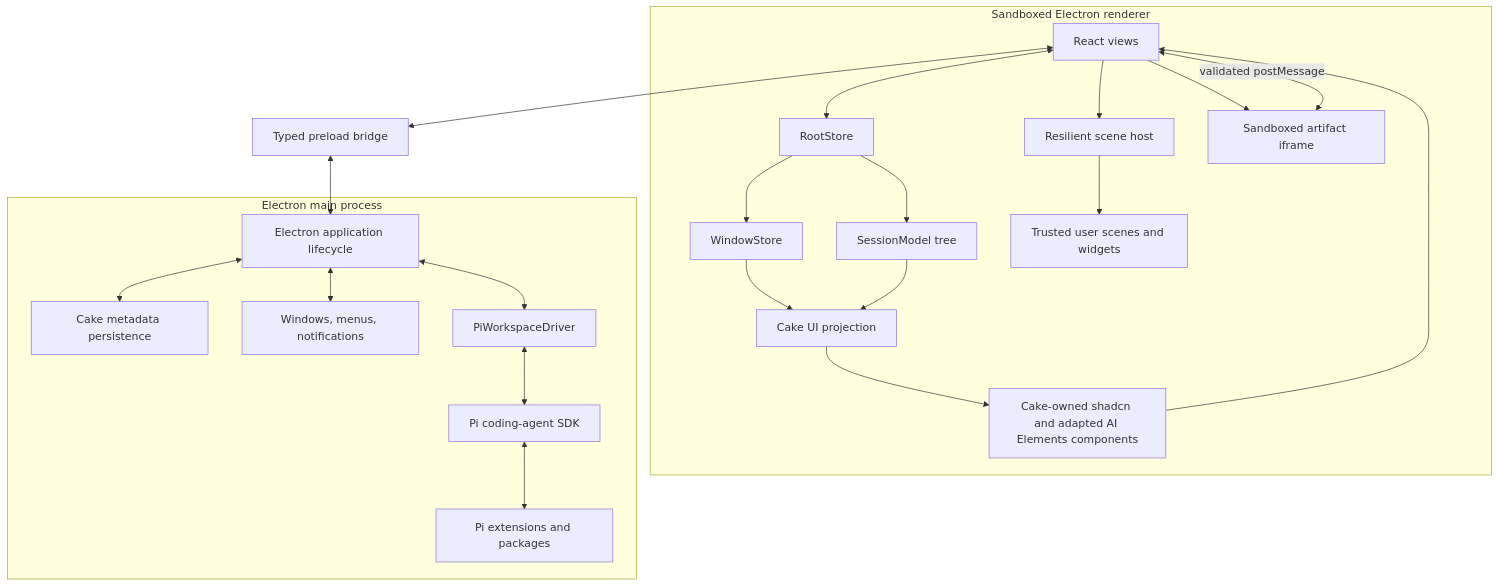
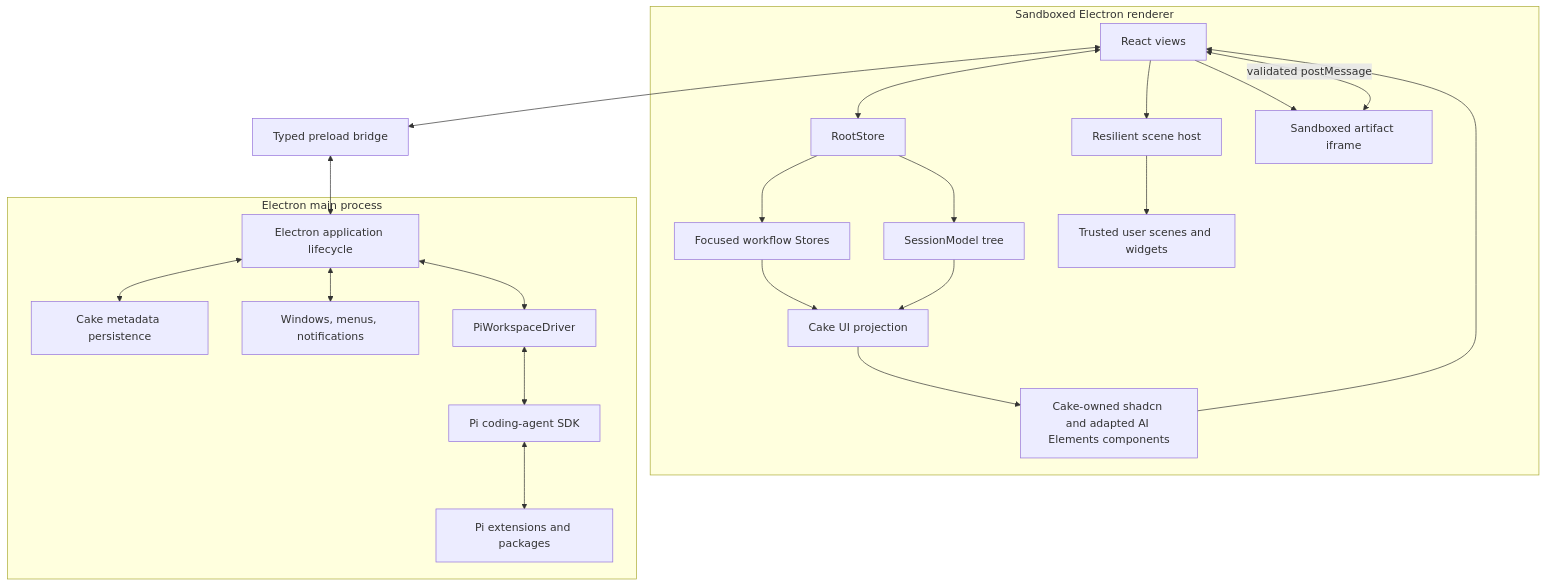
The second of 2 diagrams in PLAN.md (melnikov-s/cake), drawn with Mermaid before and after one commit. The commit also changed other lines of this file and 6 other files, not shown here.

Commit message:
Document focused renderer store ownership

````diff
--- a/PLAN.md
+++ b/PLAN.md
@@ -192,44 +192,44 @@
 ```mermaid
 flowchart TB
     subgraph Renderer["Sandboxed Electron renderer"]
         React["React views"]
         RootStore["RootStore"]
         SessionModel["SessionModel tree"]
-        WindowStore["WindowStore"]
+        WorkflowStores["Focused workflow Stores"]
         UiAdapter["Cake UI projection"]
         Components["Cake-owned shadcn and adapted AI Elements components"]
         SceneHost["Resilient scene host"]
         UserWidgets["Trusted user scenes and widgets"]
         Frame["Sandboxed artifact iframe"]
         React <--> RootStore
         RootStore --> SessionModel
-        RootStore --> WindowStore
-        WindowStore --> UiAdapter
+        RootStore --> WorkflowStores
+        WorkflowStores --> UiAdapter
         SessionModel --> UiAdapter
         UiAdapter --> Components
         Components --> React
         React --> SceneHost
         SceneHost --> UserWidgets
         React --> Frame
     end
 
     Preload["Typed preload bridge"]
 
     subgraph Main["Electron main process"]
         Lifecycle["Electron application lifecycle"]
         Persist["Cake metadata persistence"]
         Windows["Windows, menus, notifications"]
         Adapter["PiWorkspaceDriver"]
         Pi["Pi coding-agent SDK"]
         Extensions["Pi extensions and packages"]
         Adapter <--> Pi
         Pi <--> Extensions
     end
 
     React <--> Preload
     Preload <--> Lifecycle
     Lifecycle <--> Persist
     Lifecycle <--> Windows
     Lifecycle <--> Adapter
     Frame <-->|"validated postMessage"| React
 ```
````
